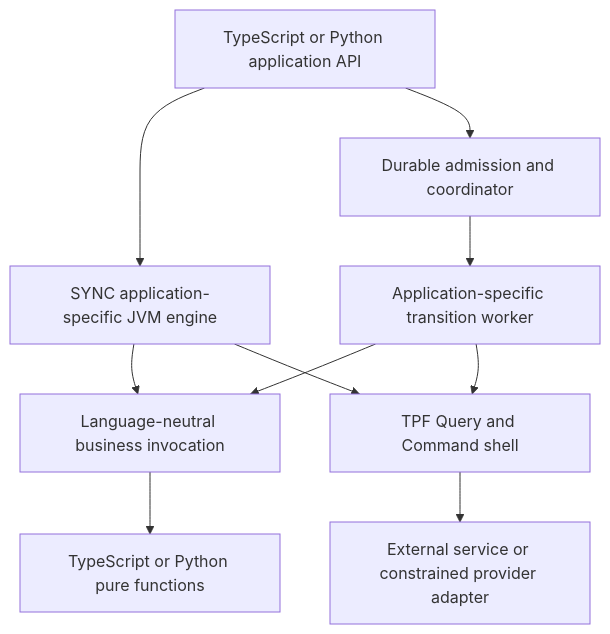
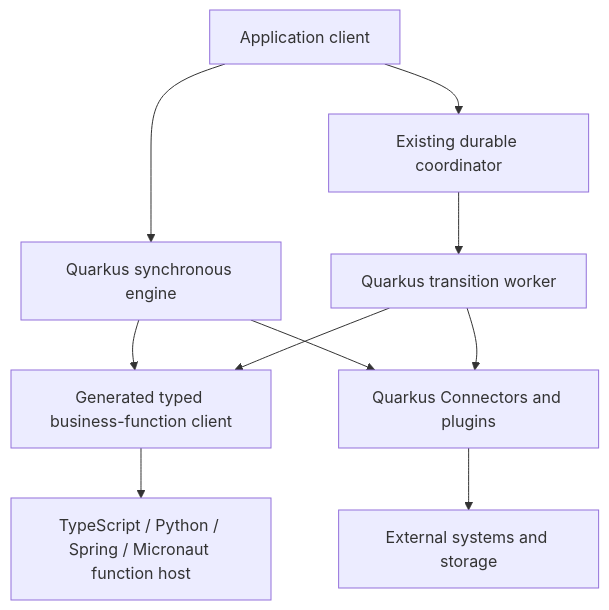
One commit to The-Pipeline-Framework/pipelineframework changed the diagram in docs/evolve/polyglot-applications-assessment.md. Above: the diagram before and after it, drawn with Mermaid. The commit also changed other lines of this file, not shown here.

Commit message:
docs: scope polyglot MVP to business-function authoring

````diff
--- a/docs/evolve/polyglot-applications-assessment.md
+++ b/docs/evolve/polyglot-applications-assessment.md
@@ -15,12 +17,12 @@
 ```mermaid
 flowchart TD
-    A[TypeScript or Python application API] --> S[SYNC application-specific JVM engine]
-    A --> C[Durable admission and coordinator]
-    C --> W[Application-specific transition worker]
-    S --> B[Language-neutral business invocation]
+    A[Application client] --> S[Quarkus synchronous engine]
+    A --> C[Existing durable coordinator]
+    C --> W[Quarkus transition worker]
+    S --> B[Generated typed business-function client]
     W --> B
-    W --> Q[TPF Query and Command shell]
-    S --> Q
-    B --> F[TypeScript or Python pure functions]
-    Q --> E[External service or constrained provider adapter]
+    B --> F[TypeScript / Python / Spring / Micronaut function host]
+    S --> Q[Quarkus Connectors and plugins]
+    W --> Q
+    Q --> E[External systems and storage]
 ```
````
